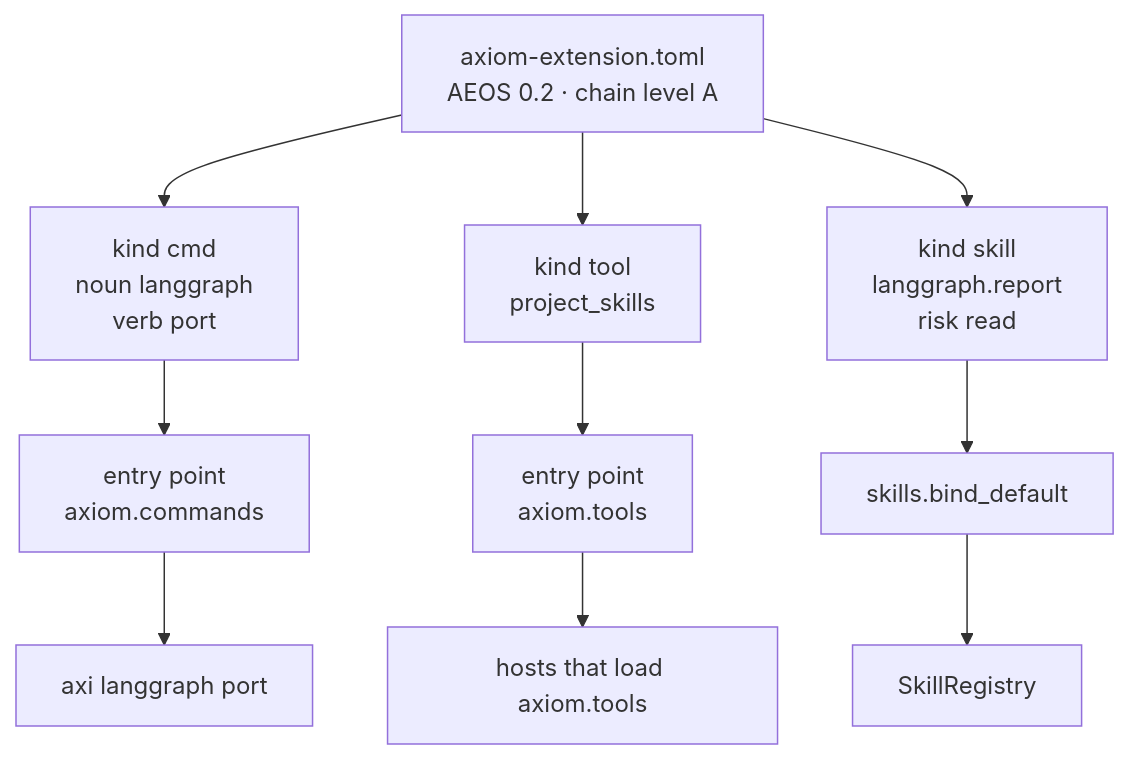
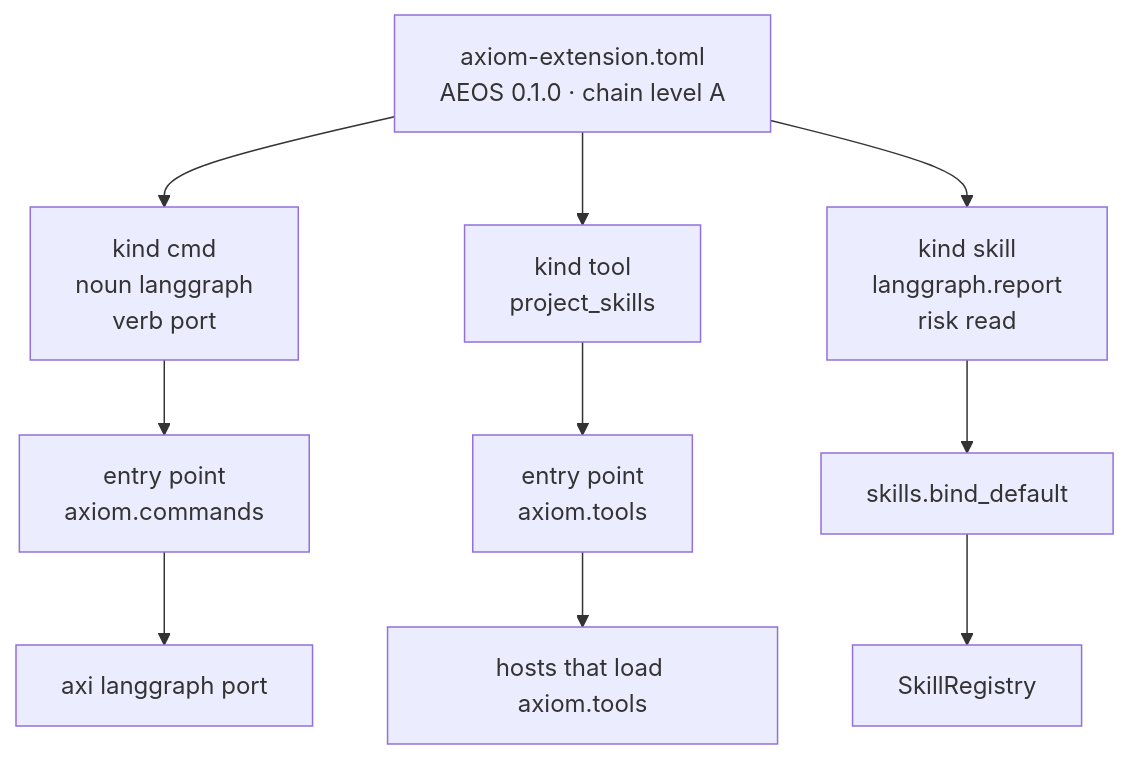
The third of 3 diagrams in README.md (UT-Computational-NE/axiom-ext-langgraph), drawn with Mermaid before and after one commit. The commit also changed other lines of this file and 24 other files, not shown here.

First line of the commit message:
feat: inspect graphs and gate host tools on AEOS 0.1.0

````diff
--- a/README.md
+++ b/README.md
@@ -104,16 +110,16 @@
 ```mermaid
 flowchart TB
-  manifest["axiom-extension.toml<br/>AEOS 0.2 · chain level A"]
+  manifest["axiom-extension.toml<br/>AEOS 0.1.0 · chain level A"]
 
   manifest --> cmd["kind cmd<br/>noun langgraph<br/>verb port"]
   manifest --> tool["kind tool<br/>project_skills"]
   manifest --> skill["kind skill<br/>langgraph.report<br/>risk read"]
 
   cmd --> commands["entry point\naxiom.commands"]
   tool --> toolsEp["entry point\naxiom.tools"]
   skill --> bind["skills.bind_default"]
 
   commands --> axi["axi langgraph port"]
   toolsEp --> hosts["hosts that load axiom.tools"]
   bind --> registry["SkillRegistry"]
 ```
````
